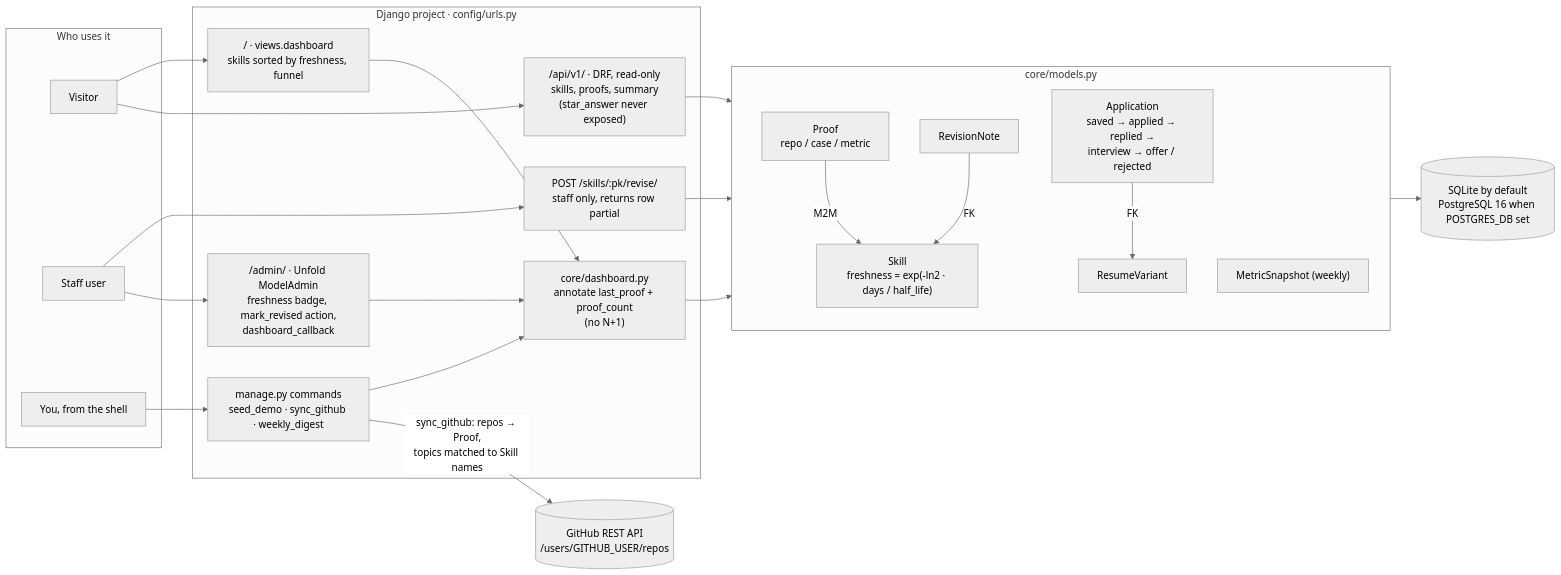
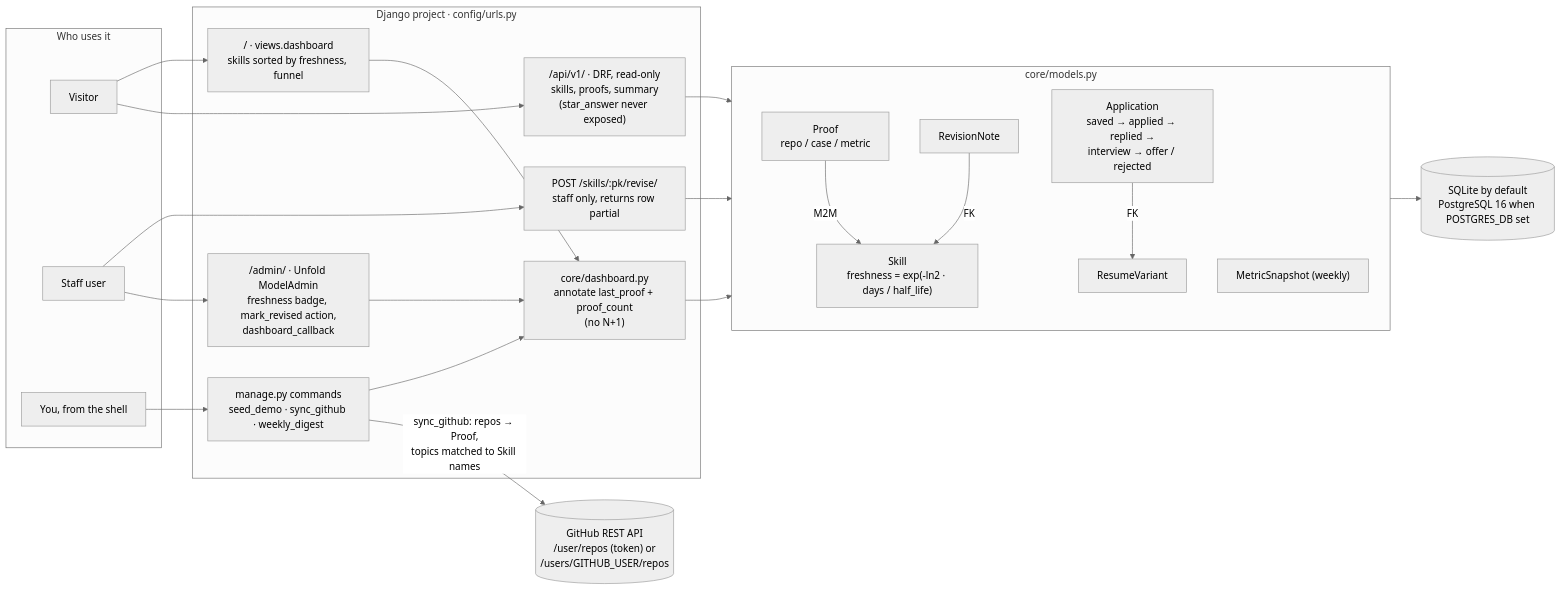
The diagram in README.md (JawadulHadi/proof-ledger), drawn with Mermaid (neutral theme) before and after one commit. The commit also changed other lines of this file and 3 other files, not shown here.

First line of the commit message:
sync_github: count every owned repo, report skips, add --include-archived and --prune

````diff
--- a/README.md
+++ b/README.md
@@ -9,39 +9,39 @@
 ```mermaid
 flowchart LR
     subgraph Users["Who uses it"]
         Visitor["Visitor"]
         Staff["Staff user"]
         You["You, from the shell"]
     end
 
     subgraph Django["Django project · config/urls.py"]
         Dash["/ · views.dashboard<br/>skills sorted by freshness, funnel"]
         Revise["POST /skills/:pk/revise/<br/>staff only, returns row partial"]
         Admin["/admin/ · Unfold ModelAdmin<br/>freshness badge, mark_revised action,<br/>dashboard_callback"]
         API["/api/v1/ · DRF, read-only<br/>skills, proofs, summary<br/>(star_answer never exposed)"]
         Agg["core/dashboard.py<br/>annotate last_proof + proof_count<br/>(no N+1)"]
         Cmds["manage.py commands<br/>seed_demo · sync_github · weekly_digest"]
     end
 
     Visitor --> Dash & API
     Staff --> Revise & Admin
     You --> Cmds
     Dash & Admin & Cmds --> Agg
 
     subgraph Models["core/models.py"]
         Skill["Skill<br/>freshness = exp(-ln2 · days / half_life)"]
         Proof["Proof<br/>repo / case / metric"]
         Note["RevisionNote"]
         Variant["ResumeVariant"]
         App["Application<br/>saved → applied → replied →<br/>interview → offer / rejected"]
         Snap["MetricSnapshot (weekly)"]
         Proof -- "M2M" --> Skill
         Note -- "FK" --> Skill
         App -- "FK" --> Variant
     end
 
     Agg & API & Revise --> Models
     Models --> DB[("SQLite by default<br/>PostgreSQL 16 when POSTGRES_DB set")]
 
-    Cmds -- "sync_github: repos → Proof,<br/>topics matched to Skill names" --> GH[("GitHub REST API<br/>/users/GITHUB_USER/repos")]
+    Cmds -- "sync_github: repos → Proof,<br/>topics matched to Skill names" --> GH[("GitHub REST API<br/>/user/repos (token) or<br/>/users/GITHUB_USER/repos")]
 ```
````
